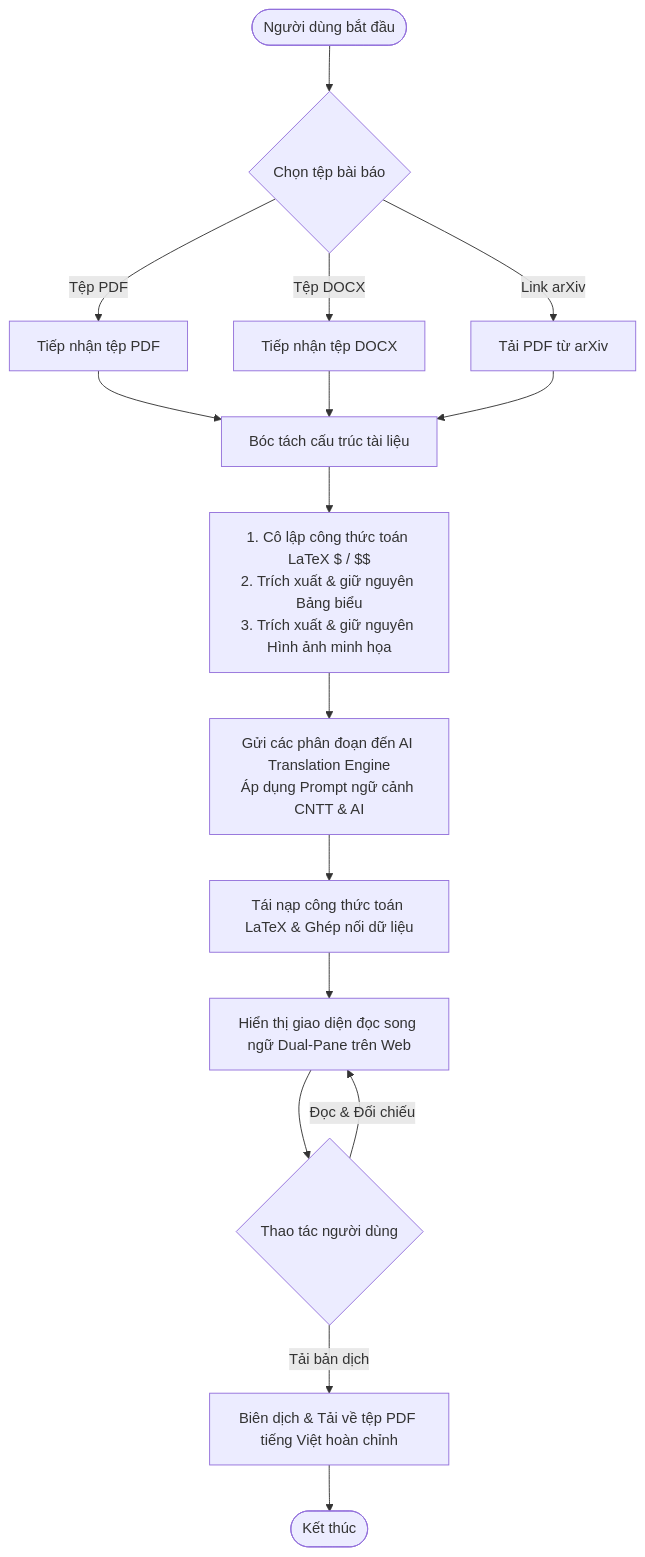
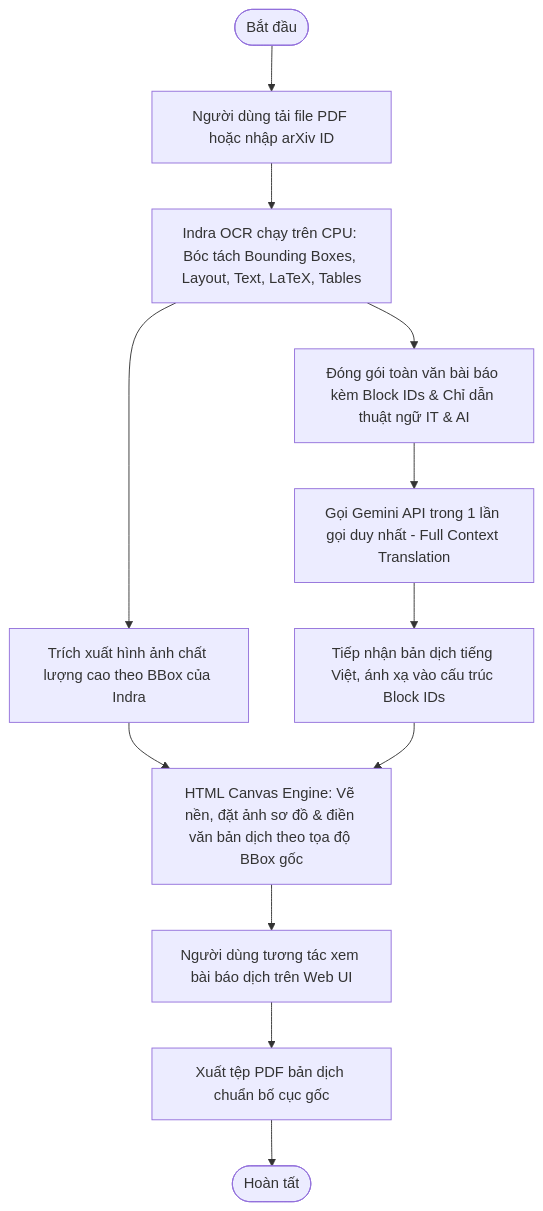
Before and after one commit to phamvantienkiz/paper-translation: the second of 2 diagrams in docs/architecture/01-system-context.md, drawn with Mermaid. The commit also changed other lines of this file and 23 other files, not shown here.

````diff
--- a/docs/architecture/01-system-context.md
+++ b/docs/architecture/01-system-context.md
@@ -69,21 +71,14 @@
 ```mermaid
 flowchart TD
-    Start([Người dùng bắt đầu]) --> IngestChoice{Chọn tệp bài báo}
-    IngestChoice -- Tệp PDF --> IngestPDF[Tiếp nhận tệp PDF]
-    IngestChoice -- Tệp DOCX --> IngestDOCX[Tiếp nhận tệp DOCX]
-    IngestChoice -- Link arXiv --> IngestArxiv[Tải PDF từ arXiv]
-
-    IngestPDF --> Parse[Bóc tách cấu trúc tài liệu]
-    IngestDOCX --> Parse
-    IngestArxiv --> Parse
-
-    Parse --> Isolate[1. Cô lập công thức toán LaTeX $ / $$<br>2. Trích xuất & giữ nguyên Bảng biểu<br>3. Trích xuất & giữ nguyên Hình ảnh minh họa]
-    Isolate --> Translate[Gửi các phân đoạn đến AI Translation Engine<br>Áp dụng Prompt ngữ cảnh CNTT & AI]
-    Translate --> Reassemble[Tái nạp công thức toán LaTeX & Ghép nối dữ liệu]
-    
-    Reassemble --> WebUI[Hiển thị giao diện đọc song ngữ Dual-Pane trên Web]
-    WebUI --> UserAction{Thao tác người dùng}
-    UserAction -- Đọc & Đối chiếu --> WebUI
-    UserAction -- Tải bản dịch --> ExportPDF[Biên dịch & Tải về tệp PDF tiếng Việt hoàn chỉnh]
-    ExportPDF --> Finish([Kết thúc])
+    Start([Bắt đầu]) --> Upload[Người dùng tải file PDF hoặc nhập arXiv ID]
+    Upload --> RunIndra[Indra OCR chạy trên CPU: Bóc tách Bounding Boxes, Layout, Text, LaTeX, Tables]
+    RunIndra --> CropImages[Trích xuất hình ảnh chất lượng cao theo BBox của Indra]
+    RunIndra --> PackPrompt[Đóng gói toàn văn bài báo kèm Block IDs & Chỉ dẫn thuật ngữ IT & AI]
+    PackPrompt --> CallGemini[Gọi Gemini API trong 1 lần gọi duy nhất - Full Context Translation]
+    CallGemini --> ParseTranslation[Tiếp nhận bản dịch tiếng Việt, ánh xạ vào cấu trúc Block IDs]
+    CropImages --> RenderCanvas[HTML Canvas Engine: Vẽ nền, đặt ảnh sơ đồ & điền văn bản dịch theo tọa độ BBox gốc]
+    ParseTranslation --> RenderCanvas
+    RenderCanvas --> WebViewer[Người dùng tương tác xem bài báo dịch trên Web UI]
+    WebViewer --> ExportPDF[Xuất tệp PDF bản dịch chuẩn bố cục gốc]
+    ExportPDF --> End([Hoàn tất])
 ```
````
